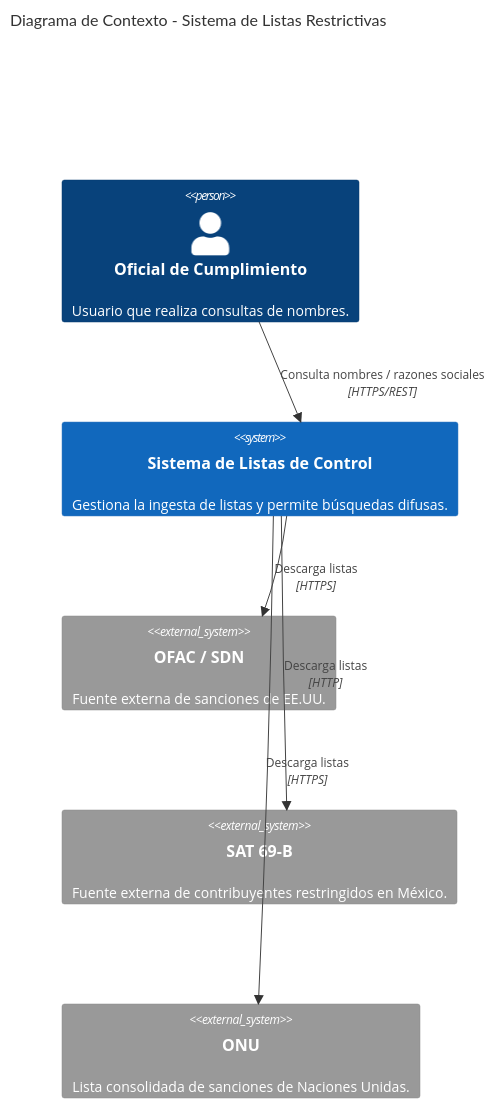
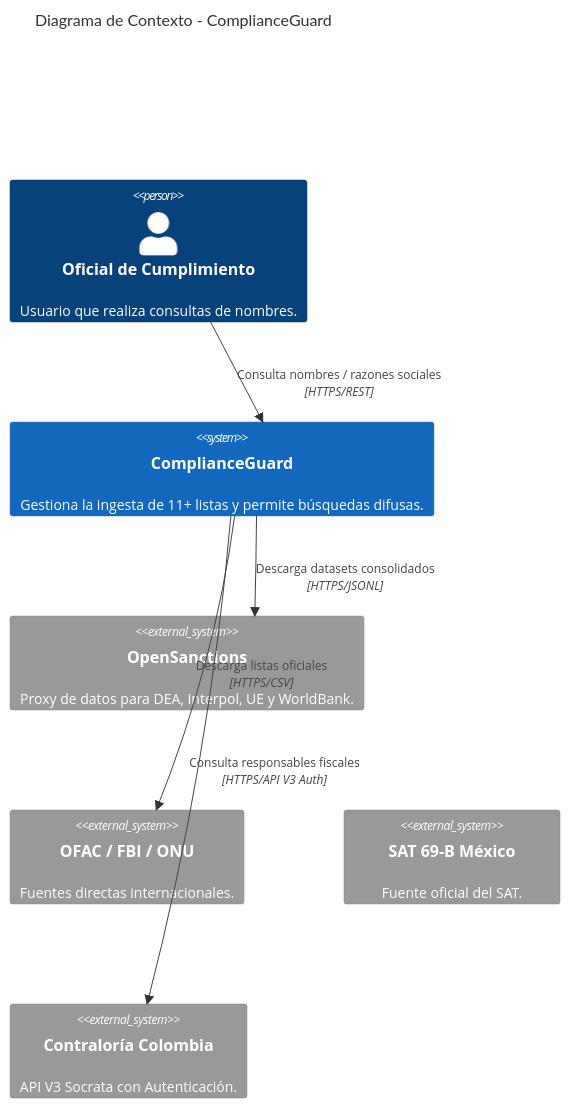
Before and after one commit to reines-dev/azure-compliance-delta-lake: the first of 2 diagrams in ARCHITECTURE.md, drawn with Mermaid. The commit also changed other lines of this file and 38 other files, not shown here.

````diff
--- a/ARCHITECTURE.md
+++ b/ARCHITECTURE.md
@@ -8,15 +8,16 @@
 ```mermaid
 C4Context
-    title Diagrama de Contexto - Sistema de Listas Restrictivas
+    title Diagrama de Contexto - ComplianceGuard
     Person(compliance_officer, "Oficial de Cumplimiento", "Usuario que realiza consultas de nombres.")
-    System(compliance_system, "Sistema de Listas de Control", "Gestiona la ingesta de listas y permite búsquedas difusas.")
+    System(compliance_system, "ComplianceGuard", "Gestiona la ingesta de 11+ listas y permite búsquedas difusas.")
     
-    System_Ext(ofac, "OFAC / SDN", "Fuente externa de sanciones de EE.UU.")
-    System_Ext(sat, "SAT 69-B", "Fuente externa de contribuyentes restringidos en México.")
-    System_Ext(un, "ONU", "Lista consolidada de sanciones de Naciones Unidas.")
+    System_Ext(opensanctions, "OpenSanctions", "Proxy de datos para DEA, Interpol, UE y WorldBank.")
+    System_Ext(ofac, "OFAC / FBI / ONU", "Fuentes directas internacionales.")
+    System_Ext(sat, "SAT 69-B México", "Fuente oficial del SAT.")
+    System_Ext(datos_gov, "Contraloría Colombia", "API V3 Socrata con Autenticación.")
 
     Rel(compliance_officer, compliance_system, "Consulta nombres / razones sociales", "HTTPS/REST")
-    Rel(compliance_system, ofac, "Descarga listas", "HTTPS")
-    Rel(compliance_system, sat, "Descarga listas", "HTTP")
-    Rel(compliance_system, un, "Descarga listas", "HTTPS")
+    Rel(compliance_system, opensanctions, "Descarga datasets consolidados", "HTTPS/JSONL")
+    Rel(compliance_system, datos_gov, "Consulta responsables fiscales", "HTTPS/API V3 Auth")
+    Rel(compliance_system, ofac, "Descarga listas oficiales", "HTTPS/CSV")
 ```
````
